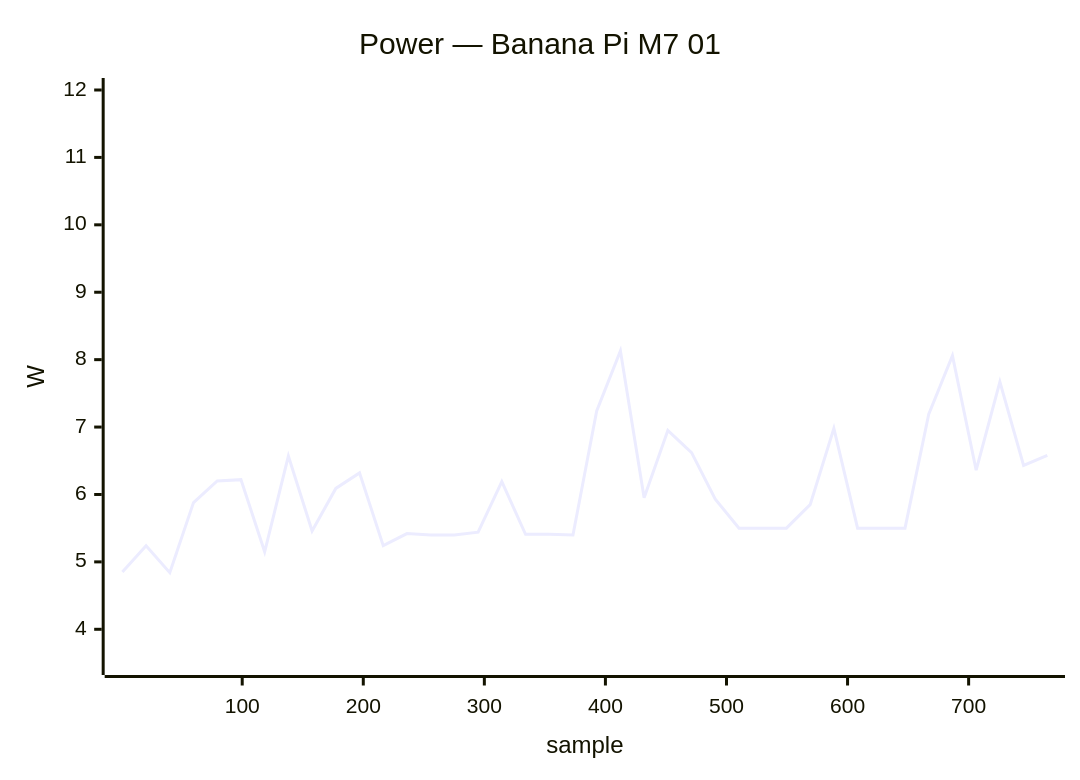
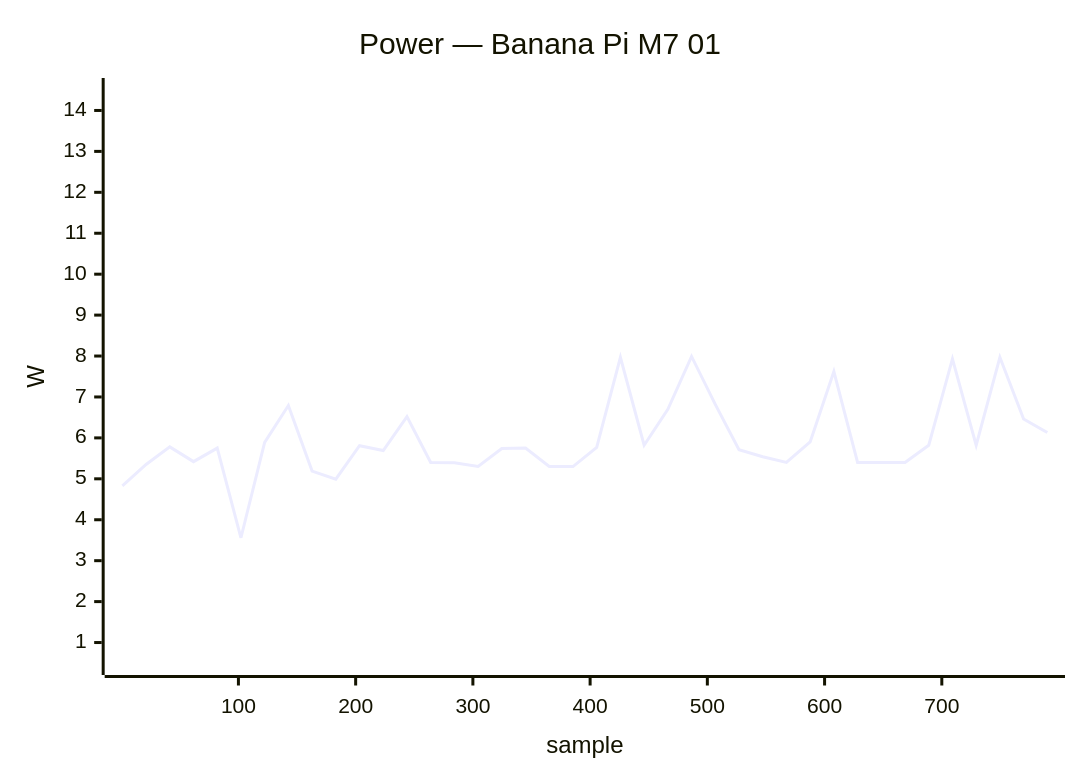
Diagram 11 of 34 in docs/status/board-tests.md (armbian/documentation), drawn with Mermaid before and after one commit. The commit also changed other lines of this file, not shown here.

````diff
--- a/docs/status/board-tests.md
+++ b/docs/status/board-tests.md
@@ -550,7 +532,7 @@
 ```mermaid
 xychart-beta
     title "Power — Banana Pi M7 01"
-    x-axis "sample" 1 --> 765
-    y-axis "W" 3.5 --> 12.0
-    line [4.85, 5.24, 4.84, 5.88, 6.20, 6.22, 5.15, 6.57, 5.46, 6.09, 6.32, 5.24, 5.42, 5.40, 5.40, 5.44, 6.19, 5.41, 5.41, 5.40, 7.24, 8.13, 5.95, 6.95, 6.62, 5.93, 5.50, 5.50, 5.50, 5.85, 6.98, 5.50, 5.50, 5.50, 7.19, 8.06, 6.36, 7.67, 6.43, 6.58]
+    x-axis "sample" 1 --> 790
+    y-axis "W" 0.5 --> 14.5
+    line [4.83, 5.35, 5.78, 5.42, 5.75, 3.56, 5.89, 6.79, 5.19, 4.99, 5.81, 5.69, 6.52, 5.40, 5.39, 5.30, 5.74, 5.75, 5.30, 5.30, 5.77, 7.97, 5.82, 6.70, 7.99, 6.82, 5.71, 5.54, 5.40, 5.90, 7.62, 5.40, 5.40, 5.40, 5.82, 7.93, 5.82, 7.97, 6.46, 6.13]
 ```
````
